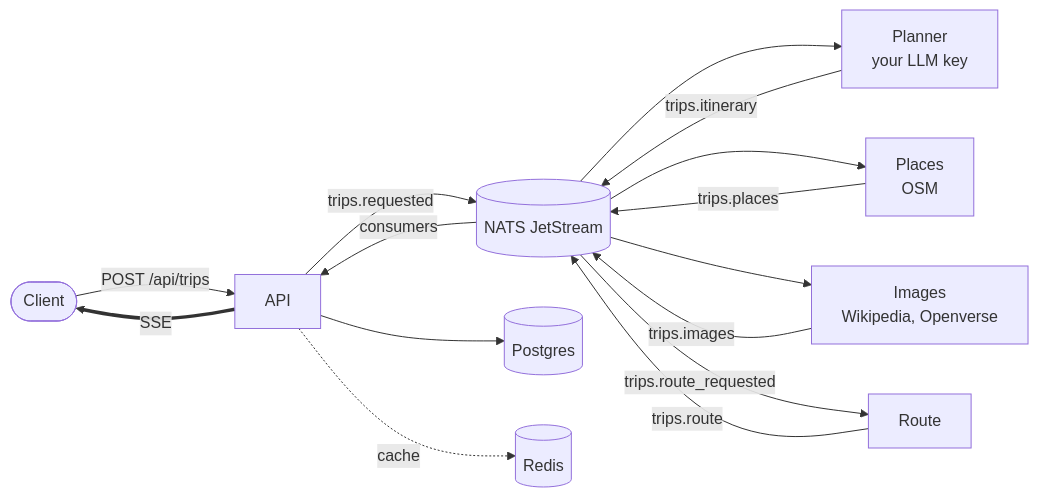
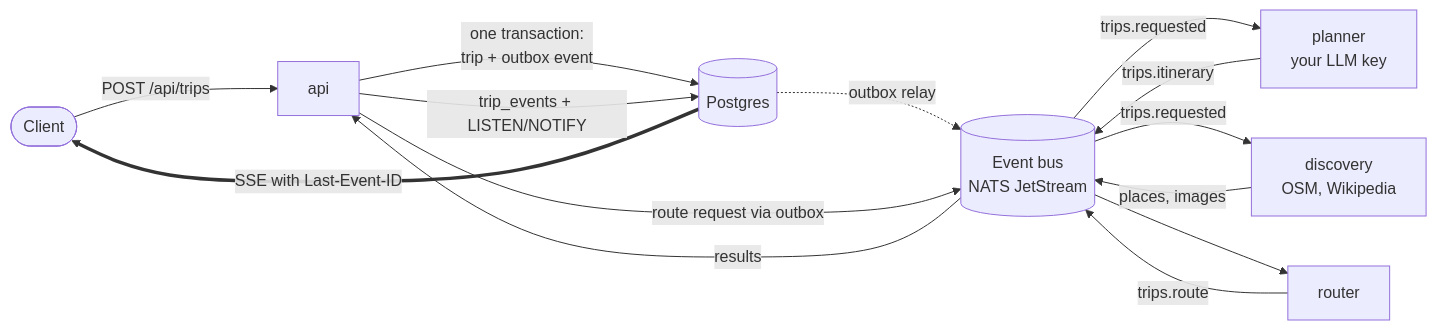
Before and after one commit to Sky-walkerX/Trequila: the diagram in README.md, drawn with Mermaid. The commit also changed other lines of this file and 6 other files, not shown here.

Commit message:
docs: update the guides for the event-driven architecture

````diff
--- a/README.md
+++ b/README.md
@@ -63,17 +64,16 @@
 ```mermaid
 flowchart LR
-    client([Client]) -->|POST /api/trips| api[API]
-    api -->|trips.requested| bus[(NATS JetStream)]
-    bus --> planner[Planner<br/>your LLM key]
-    bus --> places[Places<br/>OSM]
-    bus --> images[Images<br/>Wikipedia, Openverse]
+    client([Client]) -->|POST /api/trips| api[api]
+    api -->|"one transaction:<br/>trip + outbox event"| pg[(Postgres)]
+    pg -. outbox relay .-> bus[(Event bus<br/>NATS JetStream)]
+    bus -->|trips.requested| planner[planner<br/>your LLM key]
+    bus -->|trips.requested| discovery[discovery<br/>OSM, Wikipedia]
     planner -->|trips.itinerary| bus
-    places -->|trips.places| bus
-    images -->|trips.images| bus
-    bus -->|trips.route_requested| route[Route]
-    route -->|trips.route| bus
-    bus -->|consumers| api
-    api --> pg[(Postgres)]
-    api -. cache .-> redis[(Redis)]
-    api ==>|SSE| client
+    discovery -->|places, images| bus
+    bus -->|results| api
+    api -->|route request via outbox| bus
+    bus --> router[router]
+    router -->|trips.route| bus
+    api -->|"trip_events + LISTEN/NOTIFY"| pg
+    pg ==>|SSE with Last-Event-ID| client
 ```
````
